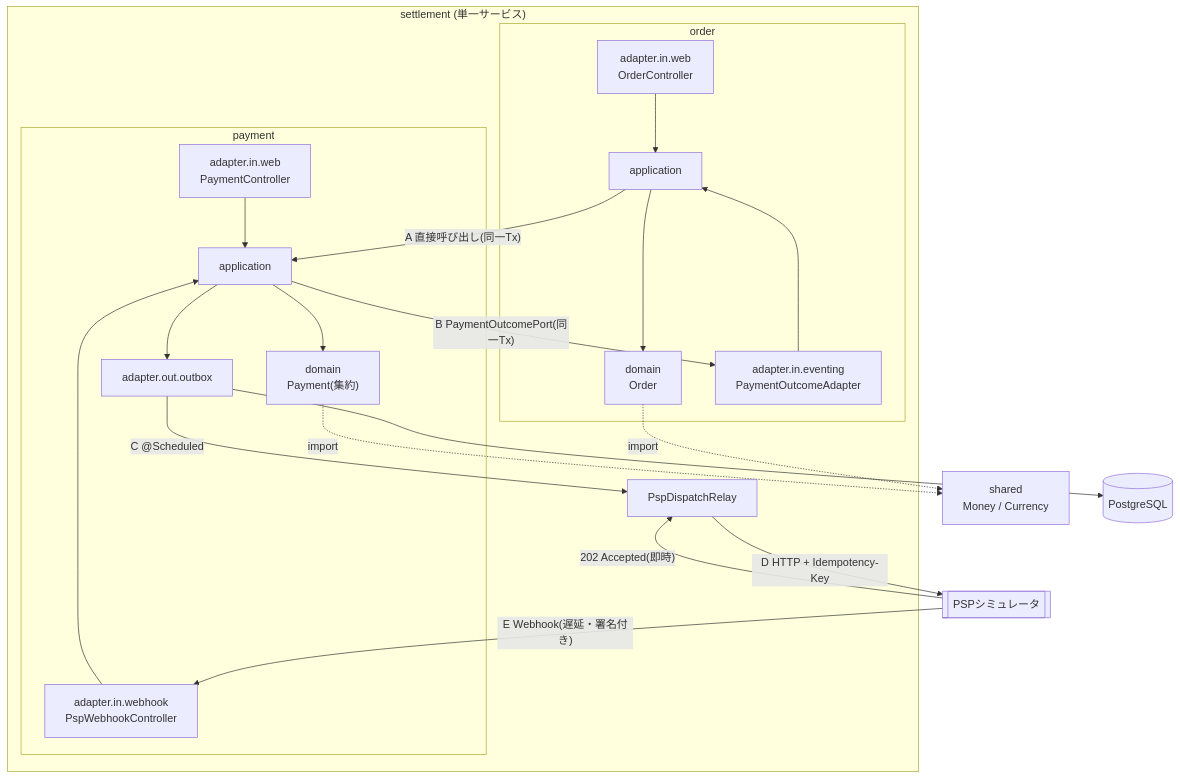
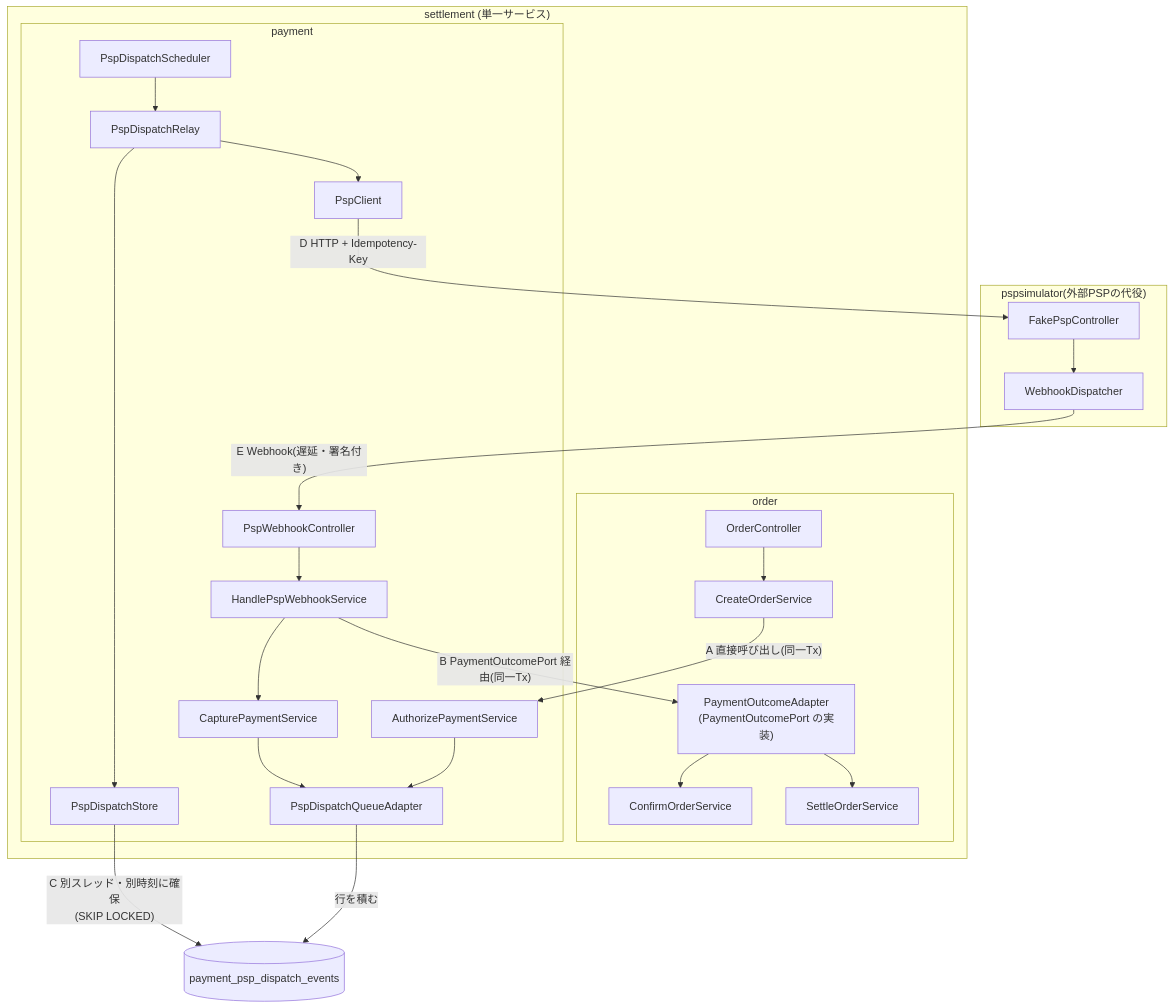
Before and after one commit to mizuna325/settlement: the second of 2 diagrams in README.md, drawn with Mermaid. The commit also changed other lines of this file and 15 other files, not shown here.

First line of the commit message:
write log messages in English and redraw the overview as a call diagram

````diff
--- a/README.md
+++ b/README.md
@@ -302,25 +302,29 @@
 ```mermaid
 graph TB
   subgraph APP["settlement (単一サービス)"]
     subgraph OC["order"]
-      OW["adapter.in.web<br/>OrderController"] --> OA["application"]
-      OA --> OD["domain<br/>Order"]
-      OE["adapter.in.eventing<br/>PaymentOutcomeAdapter"] --> OA
+      OCTL["OrderController"] --> COS["CreateOrderService"]
+      POA["PaymentOutcomeAdapter<br/>(PaymentOutcomePort の実装)"] --> CFS["ConfirmOrderService"]
+      POA --> SOS["SettleOrderService"]
     end
     subgraph PC["payment"]
-      PW["adapter.in.webhook<br/>PspWebhookController"] --> PA["application"]
-      PQ["adapter.in.web<br/>PaymentController"] --> PA
-      PA --> PD["domain<br/>Payment(集約)"]
-      PA --> PO["adapter.out.outbox"]
+      APS["AuthorizePaymentService"] --> QA["PspDispatchQueueAdapter"]
+      PWC["PspWebhookController"] --> HWS["HandlePspWebhookService"]
+      HWS --> CPS["CapturePaymentService"]
+      CPS --> QA
+      SCH["PspDispatchScheduler"] --> RELAY["PspDispatchRelay"]
+      RELAY --> STORE["PspDispatchStore"]
+      RELAY --> CLIENT["PspClient"]
     end
-    OA -- "A 直接呼び出し(同一Tx)" --> PA
-    PA -- "B PaymentOutcomePort(同一Tx)" --> OE
-    PO -- "C @Scheduled" --> RELAY["PspDispatchRelay"]
+    COS -- "A 直接呼び出し(同一Tx)" --> APS
+    HWS -- "B PaymentOutcomePort 経由(同一Tx)" --> POA
   end
-  OD -. import .-> SH["shared<br/>Money / Currency"]
-  PD -. import .-> SH
-  PO --> DB[("PostgreSQL")]
-  RELAY -- "D HTTP + Idempotency-Key" --> PSP[["PSPシミュレータ"]]
-  PSP -- "202 Accepted(即時)" --> RELAY
-  PSP -- "E Webhook(遅延・署名付き)" --> PW
+  DB[("payment_psp_dispatch_events")]
+  QA -- "行を積む" --> DB
+  STORE -- "C 別スレッド・別時刻に確保<br/>(SKIP LOCKED)" --> DB
+  subgraph SIM["pspsimulator(外部PSPの代役)"]
+    FPC["FakePspController"] --> WD["WebhookDispatcher"]
+  end
+  CLIENT -- "D HTTP + Idempotency-Key" --> FPC
+  WD -- "E Webhook(遅延・署名付き)" --> PWC
 ```
````
